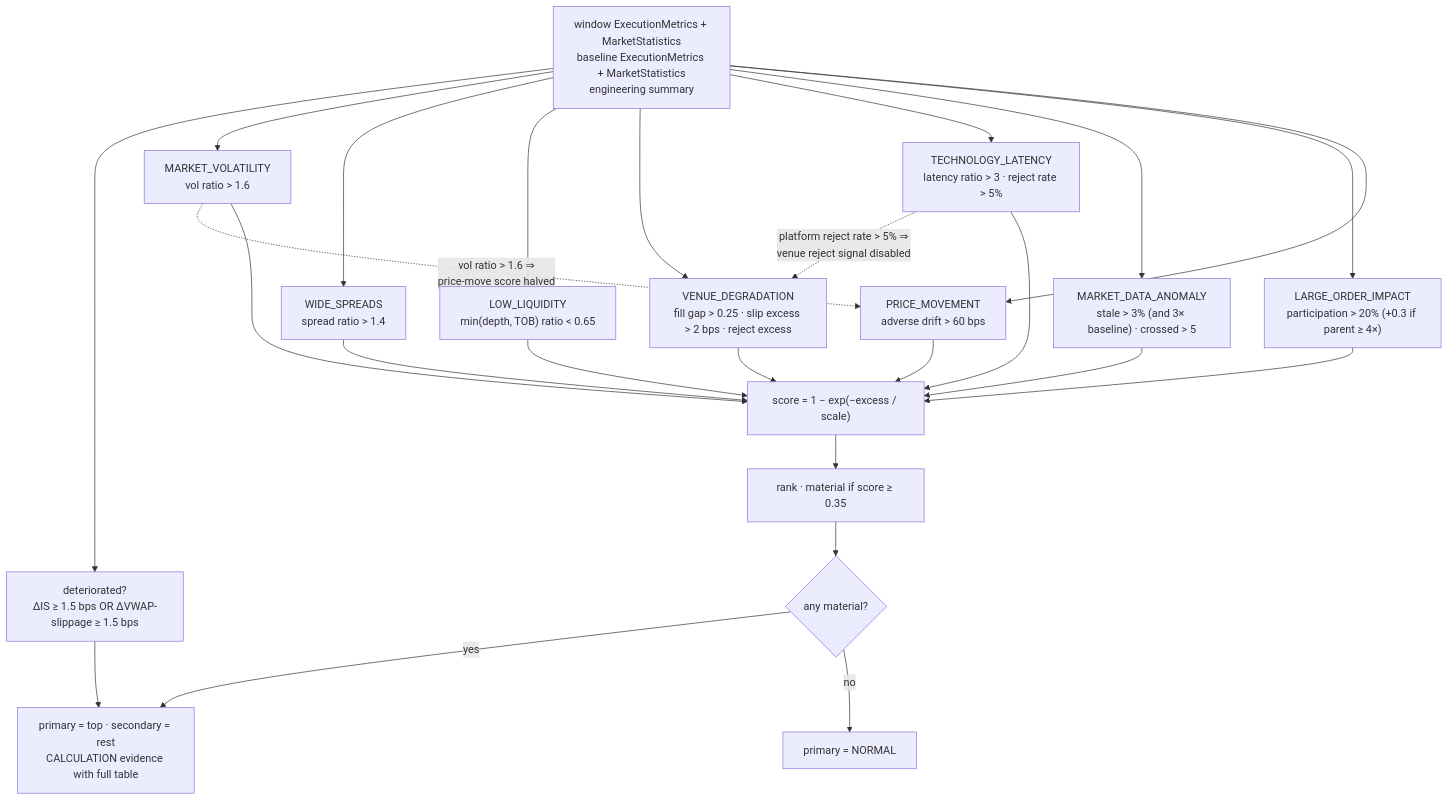
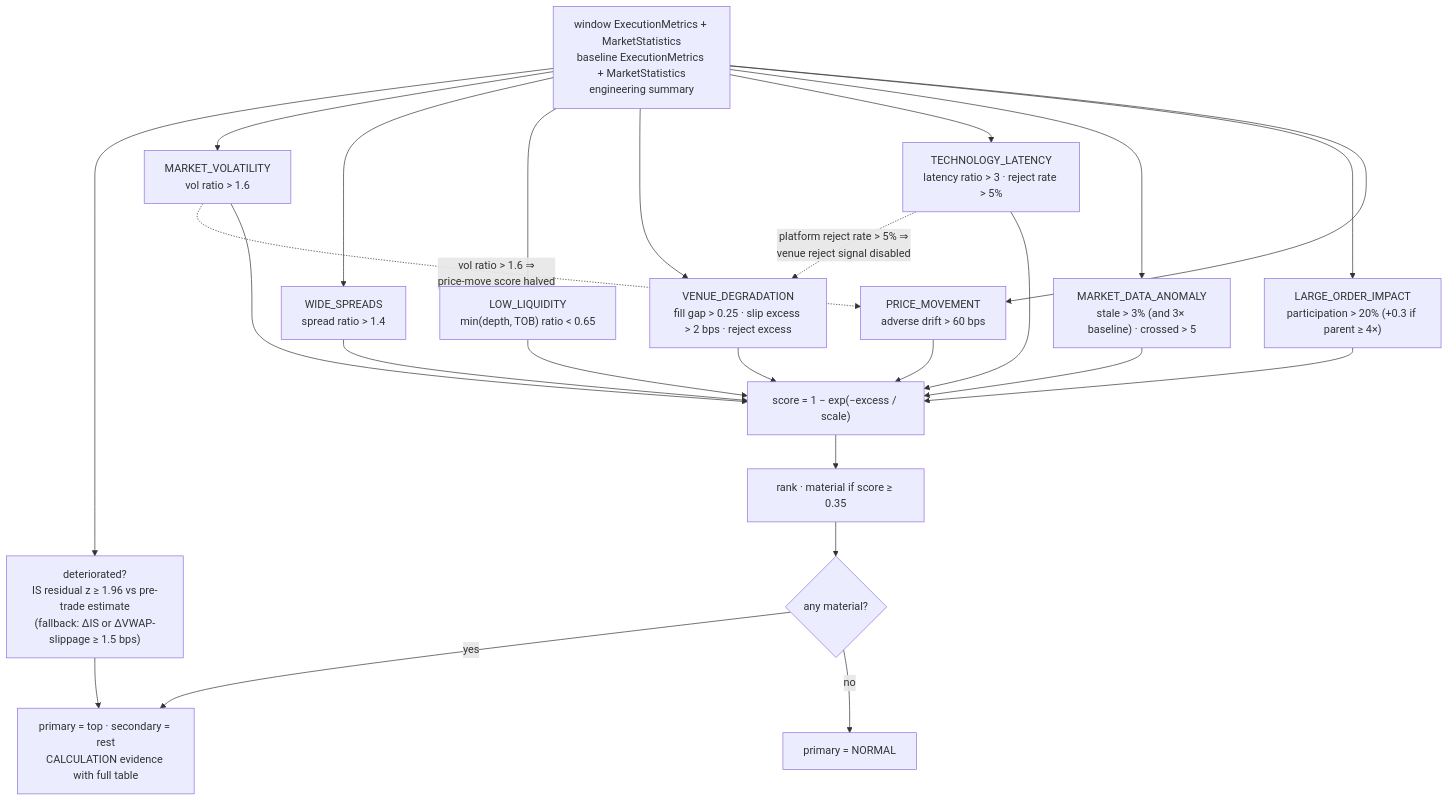
One commit to AshJha0/AgenticAICashEquities changed the seventh of 20 diagrams in docs/DIAGRAMS.md. Above: the diagram before and after it, drawn with Mermaid. The commit also changed other lines of this file and 9 other files, not shown here.

Commit message:
docs(0.9.0): audit lane A - fix tool counts, state graph, policy order, package graph; add hybrid RAG, judge gate, E1 diagrams

````diff
--- a/docs/DIAGRAMS.md
+++ b/docs/DIAGRAMS.md
@@ -243,20 +247,20 @@
 ```mermaid
 flowchart TD
-    IN["window ExecutionMetrics + MarketStatistics<br/>baseline ExecutionMetrics + MarketStatistics<br/>engineering summary"] --> D["deteriorated?<br/>ΔIS ≥ 1.5 bps OR ΔVWAP-slippage ≥ 1.5 bps"]
+    IN["window ExecutionMetrics + MarketStatistics<br/>baseline ExecutionMetrics + MarketStatistics<br/>engineering summary"] --> D["deteriorated?<br/>IS residual z ≥ 1.96 vs pre-trade estimate<br/>(fallback: ΔIS or ΔVWAP-slippage ≥ 1.5 bps)"]
     IN --> V["MARKET_VOLATILITY<br/>vol ratio > 1.6"]
     IN --> S["WIDE_SPREADS<br/>spread ratio > 1.4"]
     IN --> L["LOW_LIQUIDITY<br/>min(depth, TOB) ratio < 0.65"]
     IN --> VN["VENUE_DEGRADATION<br/>fill gap > 0.25 · slip excess > 2 bps · reject excess"]
     IN --> T["TECHNOLOGY_LATENCY<br/>latency ratio > 3 · reject rate > 5%"]
     IN --> MDQ["MARKET_DATA_ANOMALY<br/>stale > 3% (and 3× baseline) · crossed > 5"]
     IN --> LO["LARGE_ORDER_IMPACT<br/>participation > 20% (+0.3 if parent ≥ 4×)"]
     IN --> PM["PRICE_MOVEMENT<br/>adverse drift > 60 bps"]
     T -. "platform reject rate > 5% ⇒<br/>venue reject signal disabled" .-> VN
     V -. "vol ratio > 1.6 ⇒<br/>price-move score halved" .-> PM
     V & S & L & VN & T & MDQ & LO & PM --> SC["score = 1 − exp(−excess / scale)"]
     SC --> RK["rank · material if score ≥ 0.35"]
     RK --> OUT{"any material?"}
     OUT -- yes --> PRI["primary = top · secondary = rest<br/>CALCULATION evidence with full table"]
     OUT -- no --> NRM["primary = NORMAL"]
     D --> PRI
 ```
````
